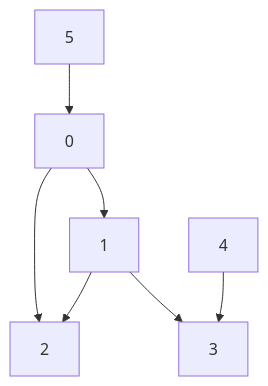
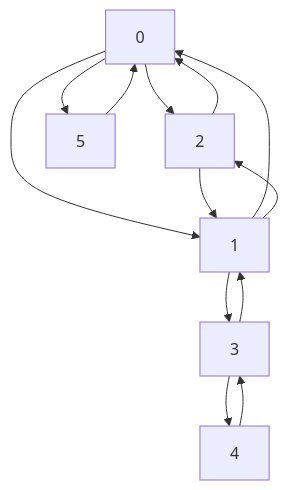
One commit to lucastomic/go-graph-explorer changed the diagram in README.md. Above: the diagram before and after it, drawn with Mermaid.

Commit message:
Agrego diagrama del grafo

````diff
--- a/README.md
+++ b/README.md
@@ -30,9 +30,15 @@
 ```mermaid
 graph TD;
     5-->0;
+    0-->5;
     0-->2;
+    2-->0;
     0-->1;
+    1-->0;
     1-->2;
+    2-->1;
     1-->3;
+    3-->1;
     4-->3;
+    3-->4;
 ```
````
